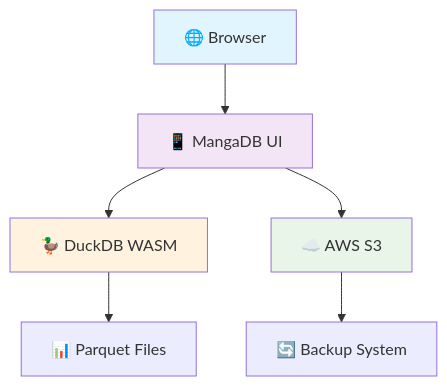
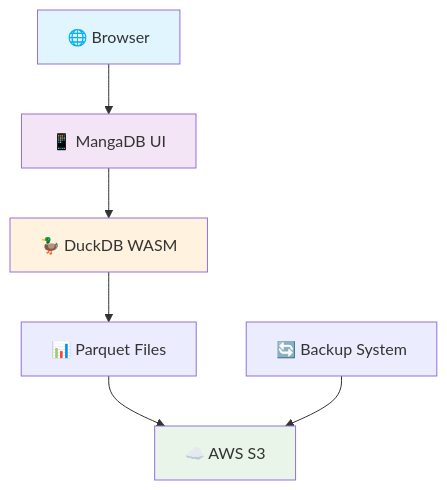
Before and after one commit to DuPont9029/mangadb: the diagram in README.md, drawn with Mermaid. The commit also changed other lines of this file, not shown here.

````diff
--- a/README.md
+++ b/README.md
@@ -92,13 +92,13 @@
 ```mermaid
 graph TB
-    A[🌐 Browser] --> B[📱 MangaDB UI]
-    B --> C[🦆 DuckDB WASM]
-    B --> D[☁️ AWS S3]
-    C --> E[📊 Parquet Files]
-    D --> F[🔄 Backup System]
-    
+    A["🌐 Browser"] --> B["📱 MangaDB UI"]
+    B --> C["🦆 DuckDB WASM"]
+    C --> E["📊 Parquet Files"]
+    E --> D["☁️ AWS S3"]
+    F["🔄 Backup System"] --> D
+
     style A fill:#e1f5fe
     style B fill:#f3e5f5
     style C fill:#fff3e0
     style D fill:#e8f5e8
 ```
````
